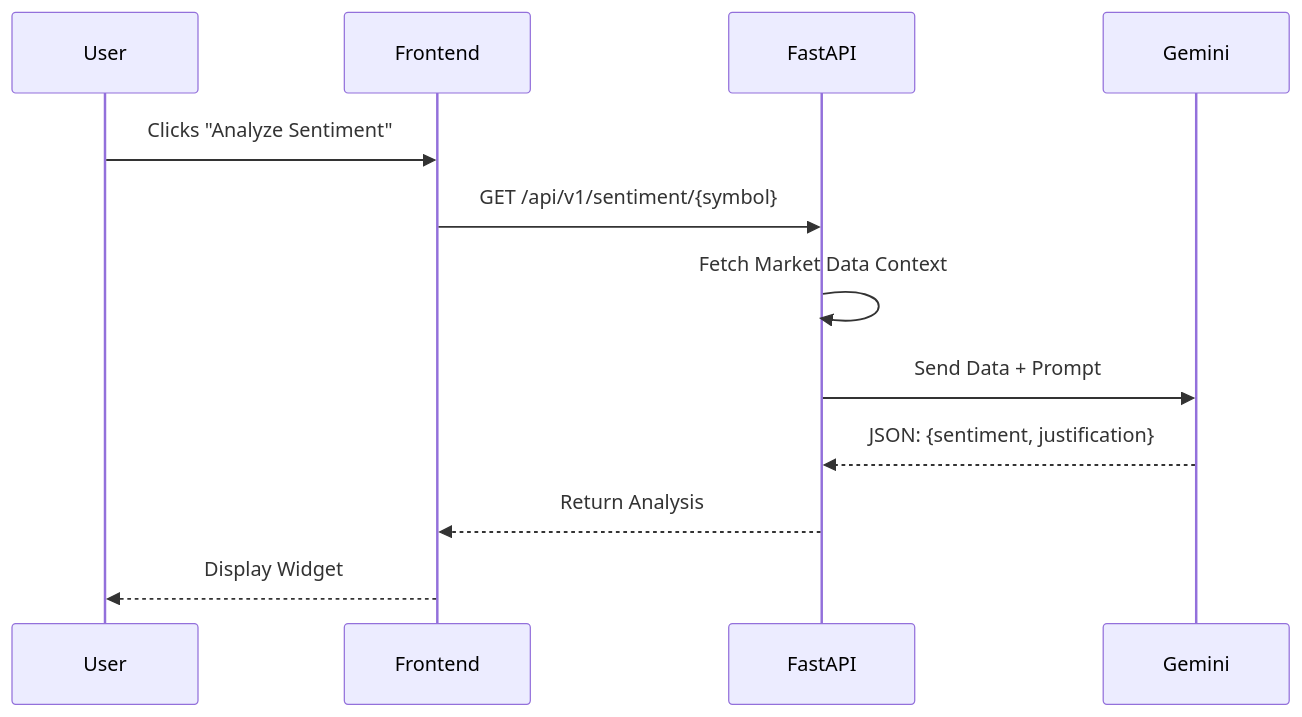
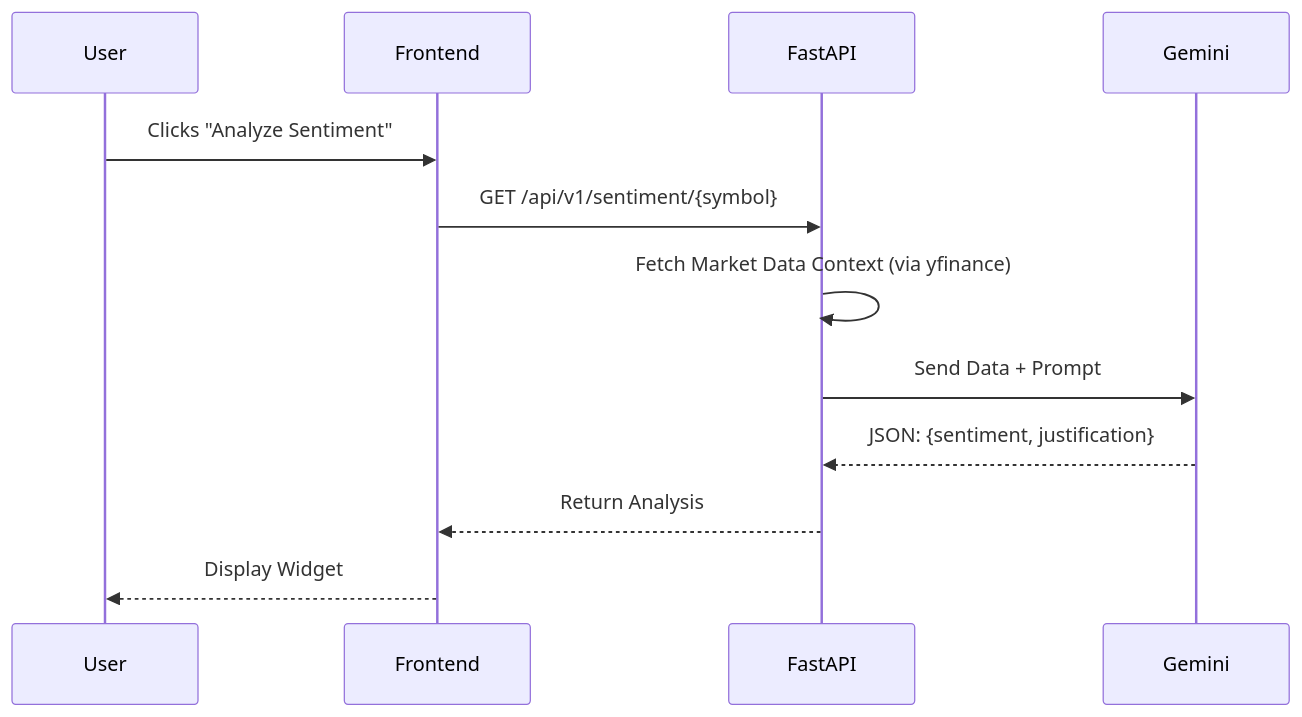
One commit to ykro/ai-native-dev changed the second of 2 diagrams in week4/traderpulse/ARCHITECTURE.md. Above: the diagram before and after it, drawn with Mermaid. The commit also changed other lines of this file and 19 other files, not shown here.

````diff
--- a/week4/traderpulse/ARCHITECTURE.md
+++ b/week4/traderpulse/ARCHITECTURE.md
@@ -29,15 +29,15 @@
 ```mermaid
 sequenceDiagram
     participant User
     participant Frontend
     participant API as FastAPI
     participant Gemini
     
     User->>Frontend: Clicks "Analyze Sentiment"
     Frontend->>API: GET /api/v1/sentiment/{symbol}
-    API->>API: Fetch Market Data Context
+    API->>API: Fetch Market Data Context (via yfinance)
     API->>Gemini: Send Data + Prompt
     Gemini-->>API: JSON: {sentiment, justification}
     API-->>Frontend: Return Analysis
     Frontend-->>User: Display Widget
 ```
````
